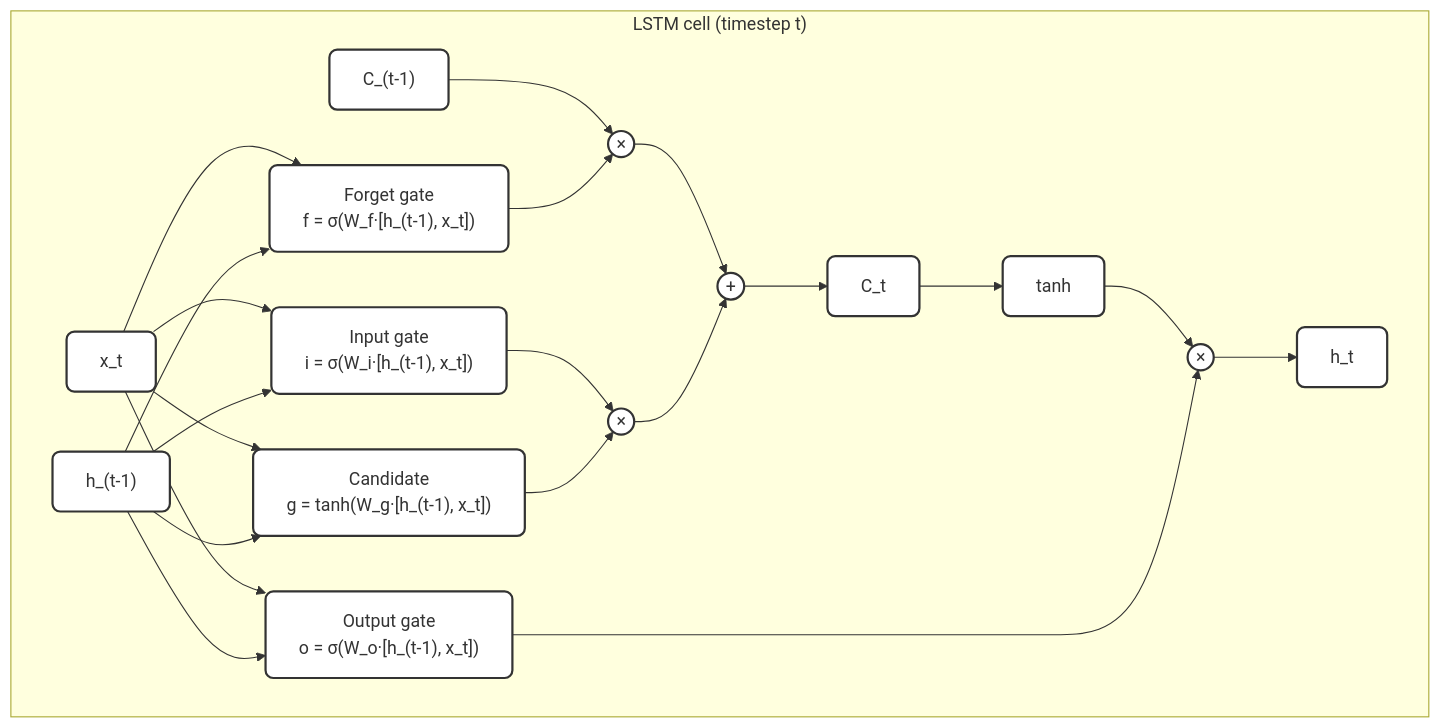
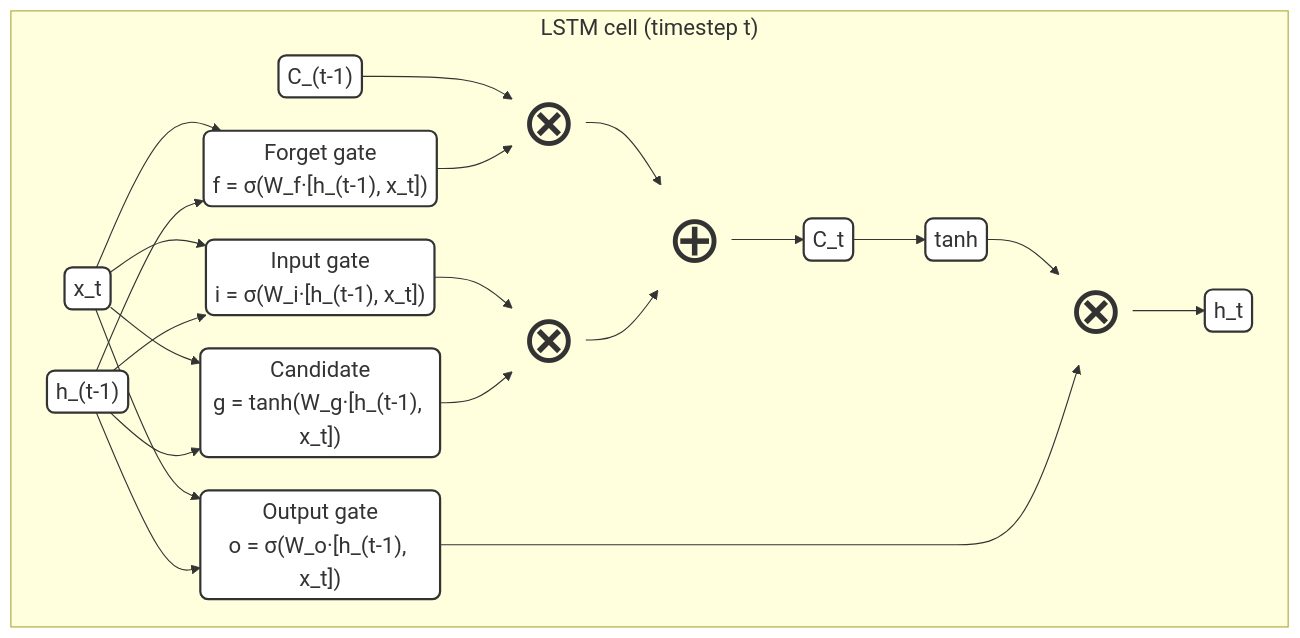
One commit to hoa2004st/CNN-in-CMOSE changed the fifth of 12 diagrams in documents/thesis/diagrams_mermaid.md. Above: the diagram before and after it, drawn with Mermaid. The commit also changed other lines of this file and 29 other files, not shown here.

Commit message:
re-draw diagram, remove line wrap

````diff
--- a/documents/thesis/diagrams_mermaid.md
+++ b/documents/thesis/diagrams_mermaid.md
@@ -80,27 +125,37 @@
 ```mermaid
+---
+config:
+  themeVariables:
+    fontSize: 20px
+  flowchart:
+    padding: 4
+    nodeSpacing: 30
+    rankSpacing: 40
+---
 flowchart LR
     subgraph CELL["LSTM cell (timestep t)"]
       direction LR
       xt["x_t"] --> F["Forget gate\nf = σ(W_f·[h_(t-1), x_t])"]
       xt --> I["Input gate\ni = σ(W_i·[h_(t-1), x_t])"]
       xt --> G["Candidate\ng = tanh(W_g·[h_(t-1), x_t])"]
       xt --> O["Output gate\no = σ(W_o·[h_(t-1), x_t])"]
       hp["h_(t-1)"] --> F
       hp --> I
       hp --> G
       hp --> O
 
-      cp["C_(t-1)"] --> M1(("×"))
+      cp["C_(t-1)"] --> M1["⊗"]:::op
       F --> M1
-      I --> M2(("×"))
+      I --> M2["⊗"]:::op
       G --> M2
-      M1 --> S(("+"))
+      M1 --> S["⊕"]:::op
       M2 --> S
       S --> Ct["C_t"]
       Ct --> TH["tanh"]
-      TH --> M3(("×"))
+      TH --> M3["⊗"]:::op
       O --> M3
       M3 --> Ht["h_t"]
     end
     classDef default fill:#ffffff,stroke:#333,stroke-width:2px,rx:7px,ry:7px
+    classDef op fill:none,stroke:none,font-size:60px
 ```
````
